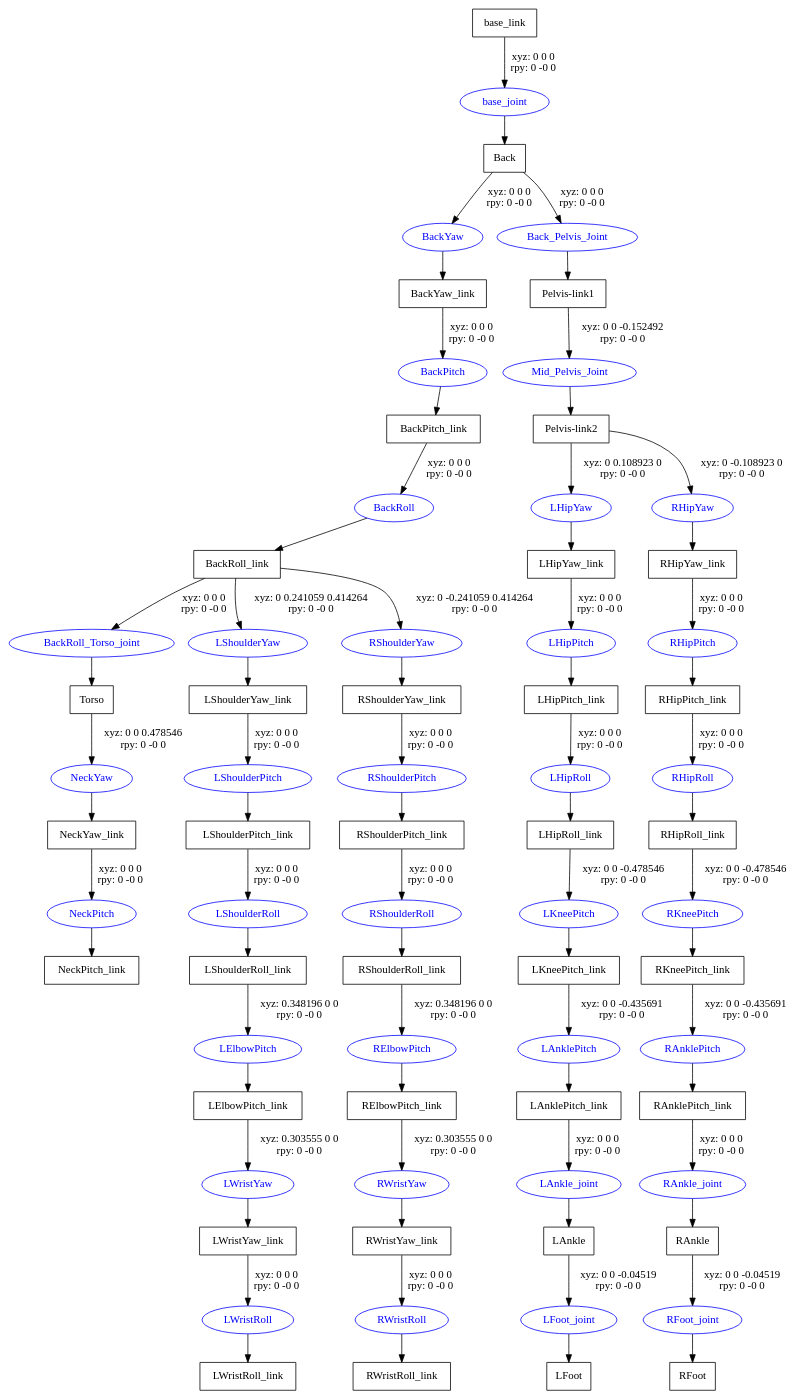
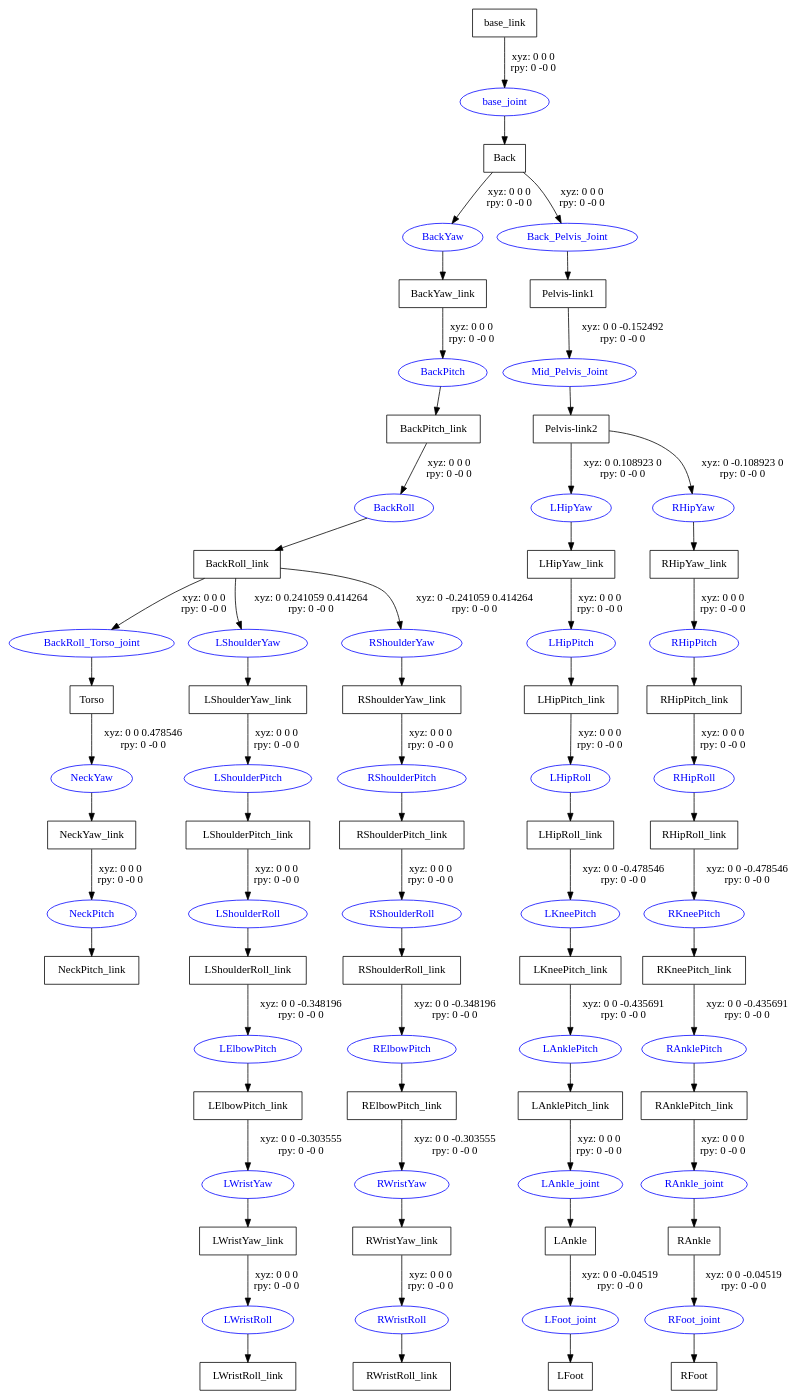
Before and after one commit to openhumanoids/oh-distro: the diagram in ros_workspace/atlas_description/urdf/atlas.gv, drawn with Graphviz. The commit also changed 21 other files, not shown here.

```diff
--- a/ros_workspace/atlas_description/urdf/atlas.gv
+++ b/ros_workspace/atlas_description/urdf/atlas.gv
@@ -1,110 +1,110 @@
 digraph G {
 node [shape=box];
 "base_link" [label="base_link"];
 "Back" [label="Back"];
 "BackYaw_link" [label="BackYaw_link"];
 "BackPitch_link" [label="BackPitch_link"];
 "BackRoll_link" [label="BackRoll_link"];
 "Torso" [label="Torso"];
 "NeckYaw_link" [label="NeckYaw_link"];
 "NeckPitch_link" [label="NeckPitch_link"];
 "LShoulderYaw_link" [label="LShoulderYaw_link"];
 "LShoulderPitch_link" [label="LShoulderPitch_link"];
 "LShoulderRoll_link" [label="LShoulderRoll_link"];
 "LElbowPitch_link" [label="LElbowPitch_link"];
 "LWristYaw_link" [label="LWristYaw_link"];
 "LWristRoll_link" [label="LWristRoll_link"];
 "RShoulderYaw_link" [label="RShoulderYaw_link"];
 "RShoulderPitch_link" [label="RShoulderPitch_link"];
 "RShoulderRoll_link" [label="RShoulderRoll_link"];
 "RElbowPitch_link" [label="RElbowPitch_link"];
 "RWristYaw_link" [label="RWristYaw_link"];
 "RWristRoll_link" [label="RWristRoll_link"];
 "Pelvis-link1" [label="Pelvis-link1"];
 "Pelvis-link2" [label="Pelvis-link2"];
 "LHipYaw_link" [label="LHipYaw_link"];
 "LHipPitch_link" [label="LHipPitch_link"];
 "LHipRoll_link" [label="LHipRoll_link"];
 "LKneePitch_link" [label="LKneePitch_link"];
 "LAnklePitch_link" [label="LAnklePitch_link"];
 "LAnkle" [label="LAnkle"];
 "LFoot" [label="LFoot"];
 "RHipYaw_link" [label="RHipYaw_link"];
 "RHipPitch_link" [label="RHipPitch_link"];
 "RHipRoll_link" [label="RHipRoll_link"];
 "RKneePitch_link" [label="RKneePitch_link"];
 "RAnklePitch_link" [label="RAnklePitch_link"];
 "RAnkle" [label="RAnkle"];
 "RFoot" [label="RFoot"];
 node [shape=ellipse, color=blue, fontcolor=blue];
 "base_link" -> "base_joint" [label="xyz: 0 0 0 \nrpy: 0 -0 0"]
 "base_joint" -> "Back"
 "Back" -> "BackYaw" [label="xyz: 0 0 0 \nrpy: 0 -0 0"]
 "BackYaw" -> "BackYaw_link"
 "BackYaw_link" -> "BackPitch" [label="xyz: 0 0 0 \nrpy: 0 -0 0"]
 "BackPitch" -> "BackPitch_link"
 "BackPitch_link" -> "BackRoll" [label="xyz: 0 0 0 \nrpy: 0 -0 0"]
 "BackRoll" -> "BackRoll_link"
 "BackRoll_link" -> "BackRoll_Torso_joint" [label="xyz: 0 0 0 \nrpy: 0 -0 0"]
 "BackRoll_Torso_joint" -> "Torso"
 "Torso" -> "NeckYaw" [label="xyz: 0 0 0.478546 \nrpy: 0 -0 0"]
 "NeckYaw" -> "NeckYaw_link"
 "NeckYaw_link" -> "NeckPitch" [label="xyz: 0 0 0 \nrpy: 0 -0 0"]
 "NeckPitch" -> "NeckPitch_link"
 "BackRoll_link" -> "LShoulderYaw" [label="xyz: 0 0.241059 0.414264 \nrpy: 0 -0 0"]
 "LShoulderYaw" -> "LShoulderYaw_link"
 "LShoulderYaw_link" -> "LShoulderPitch" [label="xyz: 0 0 0 \nrpy: 0 -0 0"]
 "LShoulderPitch" -> "LShoulderPitch_link"
 "LShoulderPitch_link" -> "LShoulderRoll" [label="xyz: 0 0 0 \nrpy: 0 -0 0"]
 "LShoulderRoll" -> "LShoulderRoll_link"
-"LShoulderRoll_link" -> "LElbowPitch" [label="xyz: 0.348196 0 0 \nrpy: 0 -0 0"]
+"LShoulderRoll_link" -> "LElbowPitch" [label="xyz: 0 0 -0.348196 \nrpy: 0 -0 0"]
 "LElbowPitch" -> "LElbowPitch_link"
-"LElbowPitch_link" -> "LWristYaw" [label="xyz: 0.303555 0 0 \nrpy: 0 -0 0"]
+"LElbowPitch_link" -> "LWristYaw" [label="xyz: 0 0 -0.303555 \nrpy: 0 -0 0"]
 "LWristYaw" -> "LWristYaw_link"
 "LWristYaw_link" -> "LWristRoll" [label="xyz: 0 0 0 \nrpy: 0 -0 0"]
 "LWristRoll" -> "LWristRoll_link"
 "BackRoll_link" -> "RShoulderYaw" [label="xyz: 0 -0.241059 0.414264 \nrpy: 0 -0 0"]
 "RShoulderYaw" -> "RShoulderYaw_link"
 "RShoulderYaw_link" -> "RShoulderPitch" [label="xyz: 0 0 0 \nrpy: 0 -0 0"]
 "RShoulderPitch" -> "RShoulderPitch_link"
 "RShoulderPitch_link" -> "RShoulderRoll" [label="xyz: 0 0 0 \nrpy: 0 -0 0"]
 "RShoulderRoll" -> "RShoulderRoll_link"
-"RShoulderRoll_link" -> "RElbowPitch" [label="xyz: 0.348196 0 0 \nrpy: 0 -0 0"]
+"RShoulderRoll_link" -> "RElbowPitch" [label="xyz: 0 0 -0.348196 \nrpy: 0 -0 0"]
 "RElbowPitch" -> "RElbowPitch_link"
-"RElbowPitch_link" -> "RWristYaw" [label="xyz: 0.303555 0 0 \nrpy: 0 -0 0"]
+"RElbowPitch_link" -> "RWristYaw" [label="xyz: 0 0 -0.303555 \nrpy: 0 -0 0"]
 "RWristYaw" -> "RWristYaw_link"
 "RWristYaw_link" -> "RWristRoll" [label="xyz: 0 0 0 \nrpy: 0 -0 0"]
 "RWristRoll" -> "RWristRoll_link"
 "Back" -> "Back_Pelvis_Joint" [label="xyz: 0 0 0 \nrpy: 0 -0 0"]
 "Back_Pelvis_Joint" -> "Pelvis-link1"
 "Pelvis-link1" -> "Mid_Pelvis_Joint" [label="xyz: 0 0 -0.152492 \nrpy: 0 -0 0"]
 "Mid_Pelvis_Joint" -> "Pelvis-link2"
 "Pelvis-link2" -> "LHipYaw" [label="xyz: 0 0.108923 0 \nrpy: 0 -0 0"]
 "LHipYaw" -> "LHipYaw_link"
 "LHipYaw_link" -> "LHipPitch" [label="xyz: 0 0 0 \nrpy: 0 -0 0"]
 "LHipPitch" -> "LHipPitch_link"
 "LHipPitch_link" -> "LHipRoll" [label="xyz: 0 0 0 \nrpy: 0 -0 0"]
 "LHipRoll" -> "LHipRoll_link"
 "LHipRoll_link" -> "LKneePitch" [label="xyz: 0 0 -0.478546 \nrpy: 0 -0 0"]
 "LKneePitch" -> "LKneePitch_link"
 "LKneePitch_link" -> "LAnklePitch" [label="xyz: 0 0 -0.435691 \nrpy: 0 -0 0"]
 "LAnklePitch" -> "LAnklePitch_link"
 "LAnklePitch_link" -> "LAnkle_joint" [label="xyz: 0 0 0 \nrpy: 0 -0 0"]
 "LAnkle_joint" -> "LAnkle"
 "LAnkle" -> "LFoot_joint" [label="xyz: 0 0 -0.04519 \nrpy: 0 -0 0"]
 "LFoot_joint" -> "LFoot"
 "Pelvis-link2" -> "RHipYaw" [label="xyz: 0 -0.108923 0 \nrpy: 0 -0 0"]
 "RHipYaw" -> "RHipYaw_link"
 "RHipYaw_link" -> "RHipPitch" [label="xyz: 0 0 0 \nrpy: 0 -0 0"]
 "RHipPitch" -> "RHipPitch_link"
 "RHipPitch_link" -> "RHipRoll" [label="xyz: 0 0 0 \nrpy: 0 -0 0"]
 "RHipRoll" -> "RHipRoll_link"
 "RHipRoll_link" -> "RKneePitch" [label="xyz: 0 0 -0.478546 \nrpy: 0 -0 0"]
 "RKneePitch" -> "RKneePitch_link"
 "RKneePitch_link" -> "RAnklePitch" [label="xyz: 0 0 -0.435691 \nrpy: 0 -0 0"]
 "RAnklePitch" -> "RAnklePitch_link"
 "RAnklePitch_link" -> "RAnkle_joint" [label="xyz: 0 0 0 \nrpy: 0 -0 0"]
 "RAnkle_joint" -> "RAnkle"
 "RAnkle" -> "RFoot_joint" [label="xyz: 0 0 -0.04519 \nrpy: 0 -0 0"]
 "RFoot_joint" -> "RFoot"
 }
```
